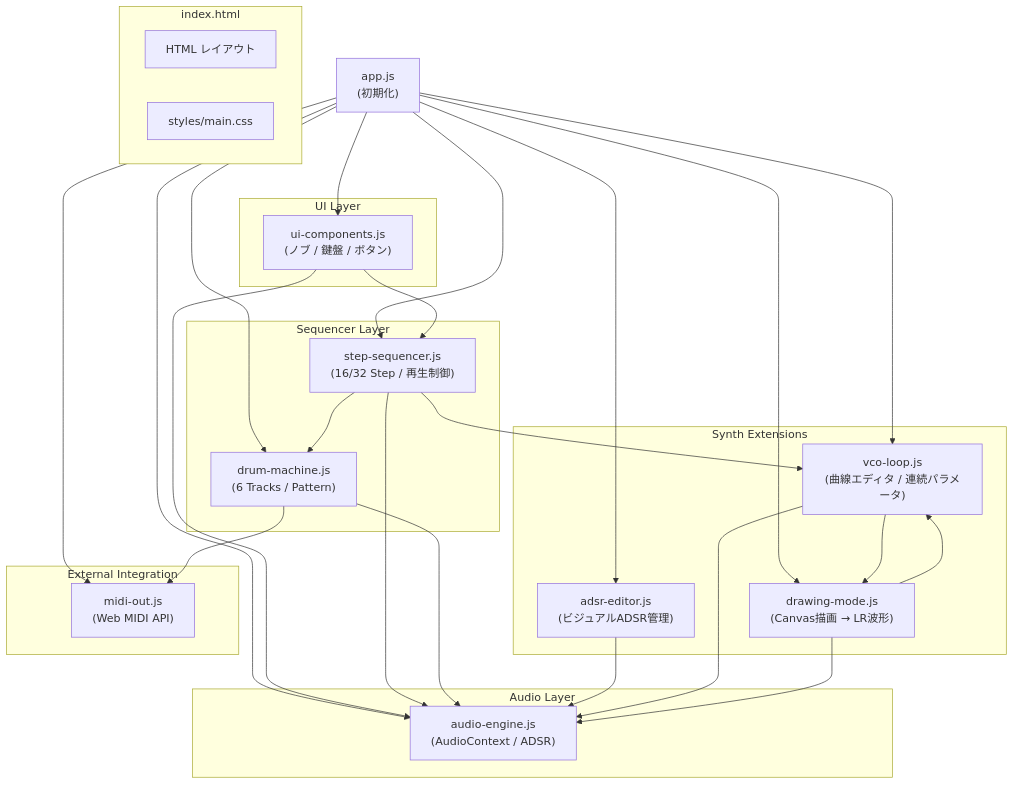
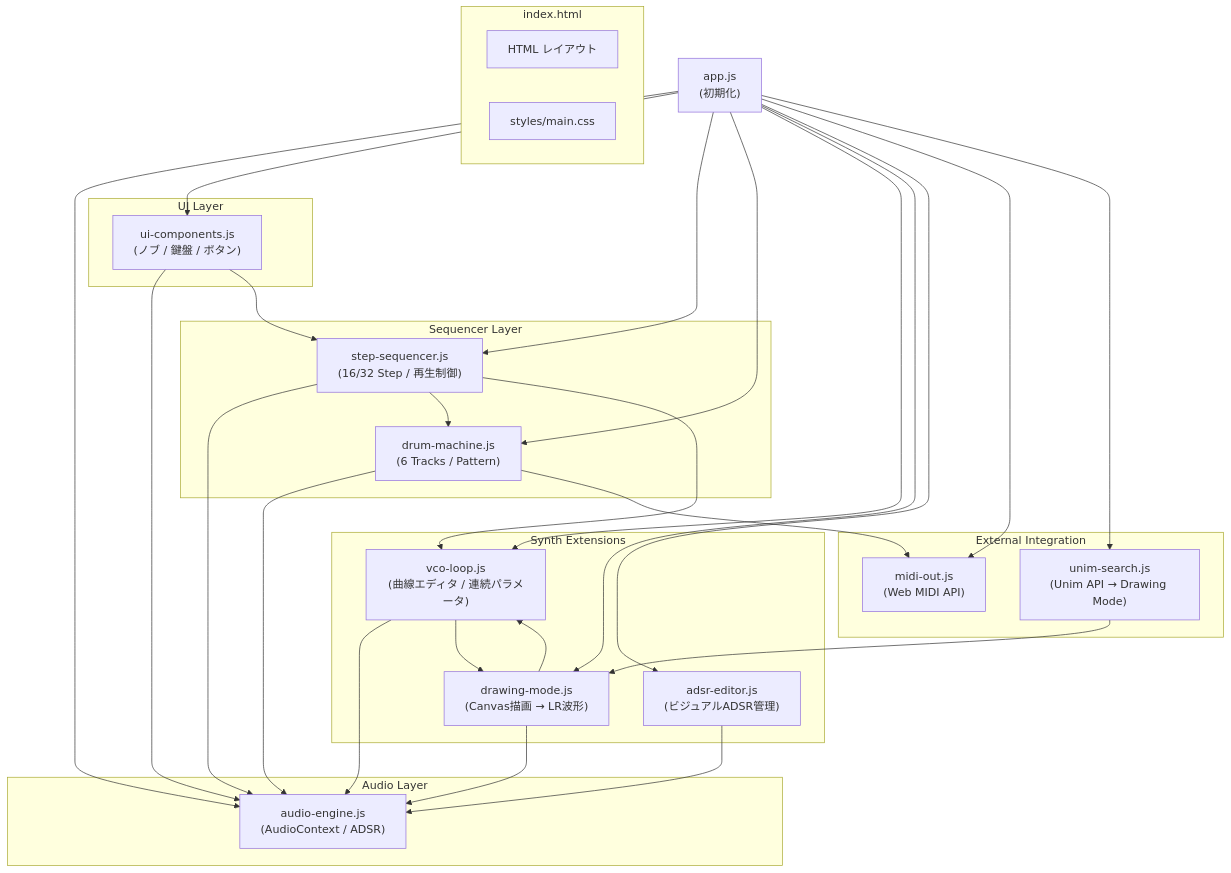
One commit to na-gasena/DrawingLissajousOscilloscopicSynthesizer-II-DLOSy-II changed the first of 2 diagrams in Doc/architecture.md. Above: the diagram before and after it, drawn with Mermaid. The commit also changed other lines of this file and 5 other files, not shown here.

````diff
--- a/Doc/architecture.md
+++ b/Doc/architecture.md
@@ -46,59 +47,62 @@
 ```mermaid
 graph TD
     subgraph "index.html"
         HTML["HTML レイアウト"]
         CSS["styles/main.css"]
     end
 
     subgraph "Audio Layer"
         AE["audio-engine.js<br/>(AudioContext / ADSR)"]
     end
 
     subgraph "Sequencer Layer"
         SS["step-sequencer.js<br/>(16/32 Step / 再生制御)"]
         DM["drum-machine.js<br/>(6 Tracks / Pattern)"]
     end
 
     subgraph "Synth Extensions"
         ADSR["adsr-editor.js<br/>(ビジュアルADSR管理)"]
         VCO["vco-loop.js<br/>(曲線エディタ / 連続パラメータ)"]
         DRAW["drawing-mode.js<br/>(Canvas描画 → LR波形)"]
     end
 
     subgraph "External Integration"
         MIDI["midi-out.js<br/>(Web MIDI API)"]
+        UNIM["unim-search.js<br/>(Unim API → Drawing Mode)"]
     end
 
     subgraph "UI Layer"
         UI["ui-components.js<br/>(ノブ / 鍵盤 / ボタン)"]
     end
 
     APP["app.js<br/>(初期化)"]
 
     APP --> AE
     APP --> UI
     APP --> SS
     APP --> DM
     APP --> VCO
     APP --> DRAW
     APP --> ADSR
     APP --> MIDI
+    APP --> UNIM
 
     UI --> AE
     UI --> SS
 
     SS --> AE
     SS --> DM
     SS --> VCO
 
     DM --> AE
     DM --> MIDI
 
     ADSR --> AE
 
     VCO --> AE
+    UNIM --> DRAW
     VCO --> DRAW
 
     DRAW --> AE
     DRAW --> VCO
 ```
````
